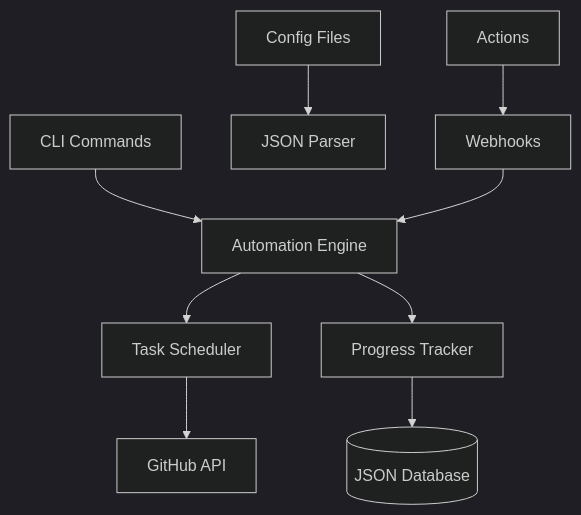
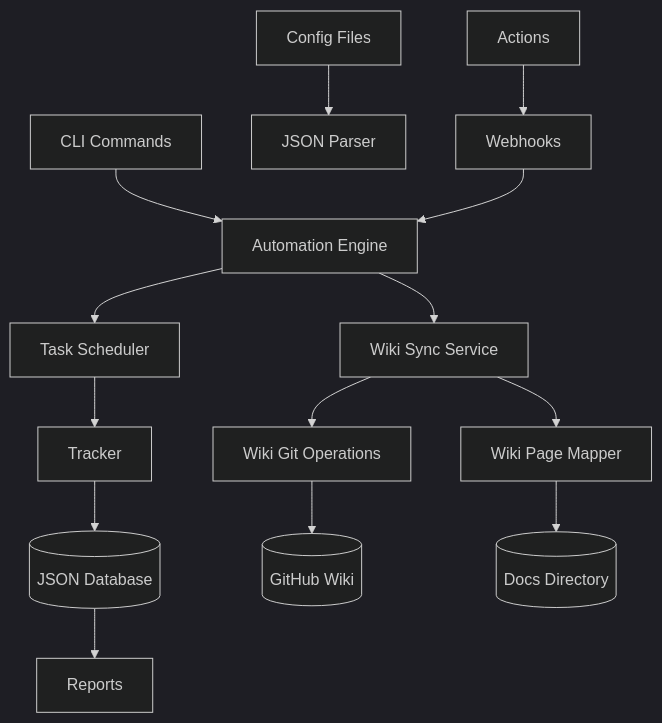
One commit to Shakour-Data/AutoProjectManagement changed the second of 11 diagrams in README.md. Above: the diagram before and after it, drawn with Mermaid (dark theme). The commit also changed other lines of this file, not shown here.

Commit message:
`feat: add GitHub Wiki synchronization feature with new services and workflow`

````diff
--- a/README.md
+++ b/README.md
@@ -30,11 +33,16 @@
 ```mermaid
 graph TB
     CLI[CLI Commands] --> Engine[Automation Engine]
     Config[Config Files] --> Parser[JSON Parser]
     Engine --> Scheduler[Task Scheduler]
-    Scheduler --> GitHubAPI[GitHub API]
-    Engine --> Tracker[Progress Tracker]
+    Scheduler --> Tracker
     Tracker --> JSONDB[(JSON Database)]
+    JSONDB --> Reports
     Actions --> Webhooks
     Webhooks --> Engine
+    Engine --> WikiSync[Wiki Sync Service]
+    WikiSync --> WikiGit[Wiki Git Operations]
+    WikiGit --> GitHubWiki[(GitHub Wiki)]
+    WikiSync --> PageMapper[Wiki Page Mapper]
+    PageMapper --> Docs[(Docs Directory)]
 ```
````
